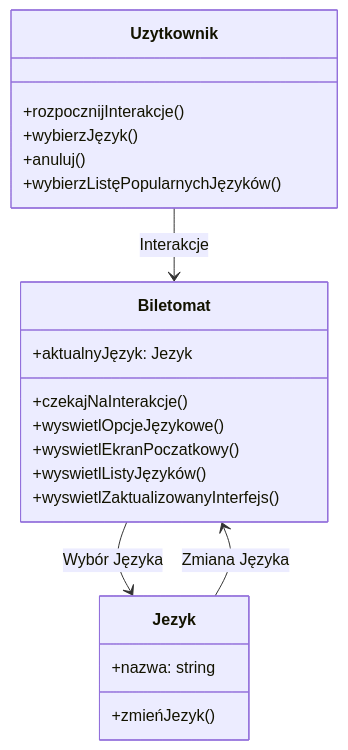
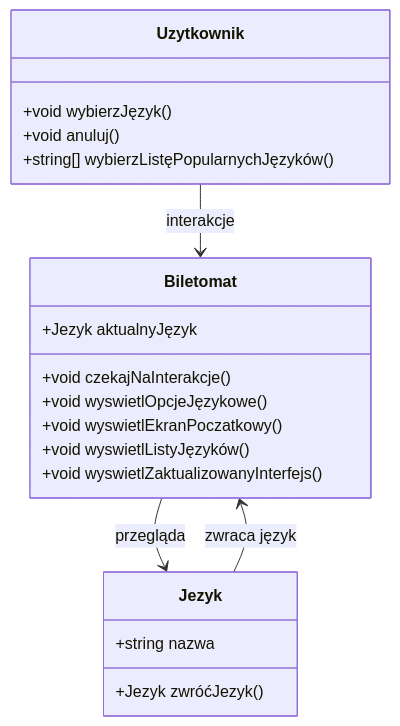
The eighth of 8 diagrams in uzytkownik.md (s3r10us3r/mwo_lab4), drawn with Mermaid before and after one commit.

````diff
--- a/uzytkownik.md
+++ b/uzytkownik.md
@@ -185,28 +185,26 @@
 ```mermaid
 classDiagram
     class Uzytkownik {
-        +rozpocznijInterakcje()
-        +wybierzJęzyk()
-        +anuluj()
-        +wybierzListęPopularnychJęzyków()
+        +void wybierzJęzyk()
+        +void anuluj()
+        +string[] wybierzListęPopularnychJęzyków()
     }
 
     class Biletomat {
-        
-        +aktualnyJęzyk: Jezyk
-        +czekajNaInterakcje()
-        +wyswietlOpcjeJęzykowe()
-        +wyswietlEkranPoczatkowy()
-        +wyswietlListyJęzyków()
-        +wyswietlZaktualizowanyInterfejs()
+        +Jezyk aktualnyJęzyk
+        +void czekajNaInterakcje()
+        +void wyswietlOpcjeJęzykowe()
+        +void wyswietlEkranPoczatkowy()
+        +void wyswietlListyJęzyków()
+        +void wyswietlZaktualizowanyInterfejs()
     }
 
     class Jezyk {
-        +nazwa: string
-        +zmieńJezyk()
+        +string nazwa
+        +Jezyk zwróćJezyk()
     }
 
-    Uzytkownik --> Biletomat : Interakcje
-    Biletomat --> Jezyk : Wybór Języka
-    Jezyk --> Biletomat : Zmiana Języka
+    Uzytkownik --> Biletomat : interakcje
+    Biletomat --> Jezyk : przegląda
+    Jezyk --> Biletomat : zwraca język
 ```
````
